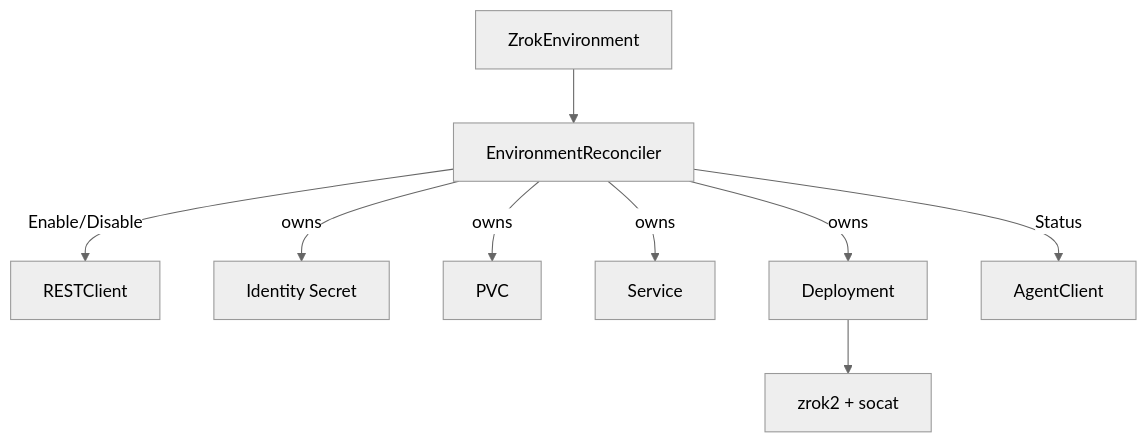
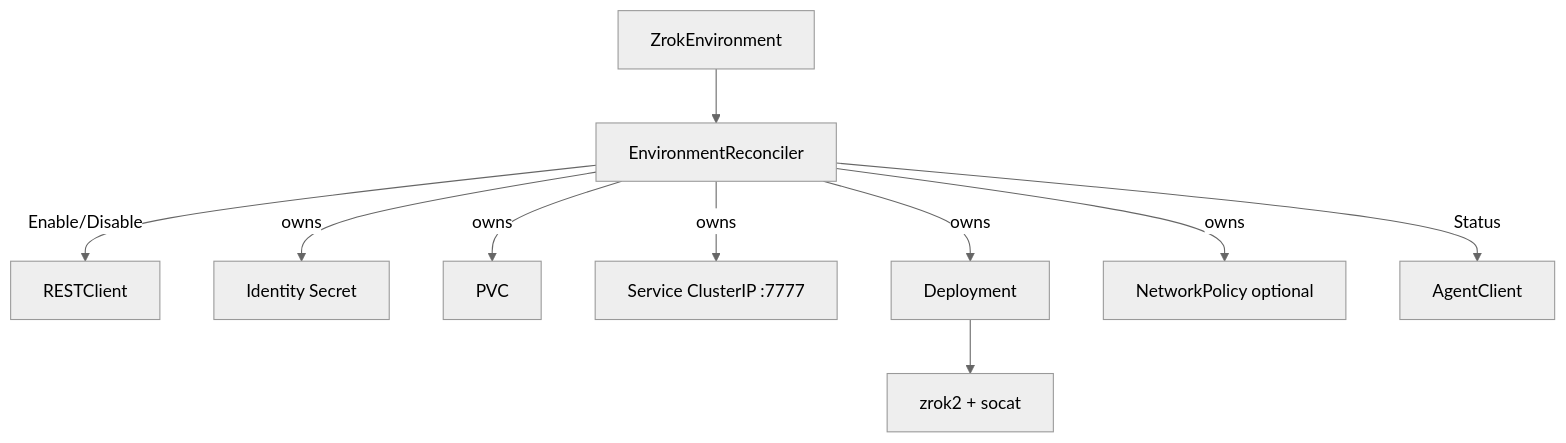
The diagram in .memory-bank/components/environment-controller.md (vulkoingim/zrok-operator), drawn with Mermaid (neutral theme) before and after one commit. The commit also changed other lines of this file and 39 other files, not shown here.

````diff
--- a/.memory-bank/components/environment-controller.md
+++ b/.memory-bank/components/environment-controller.md
@@ -10,11 +10,12 @@
 ```mermaid
 flowchart TD
   CR[ZrokEnvironment] --> R[EnvironmentReconciler]
   R -->|Enable/Disable| REST[RESTClient]
   R -->|owns| Secret[Identity Secret]
   R -->|owns| PVC[PVC]
-  R -->|owns| Svc[Service]
+  R -->|owns| Svc[Service ClusterIP :7777]
   R -->|owns| Dep[Deployment]
+  R -->|owns| NP[NetworkPolicy optional]
   R -->|Status| AG[AgentClient]
   Dep --> AgentPod[zrok2 + socat]
 ```
````
